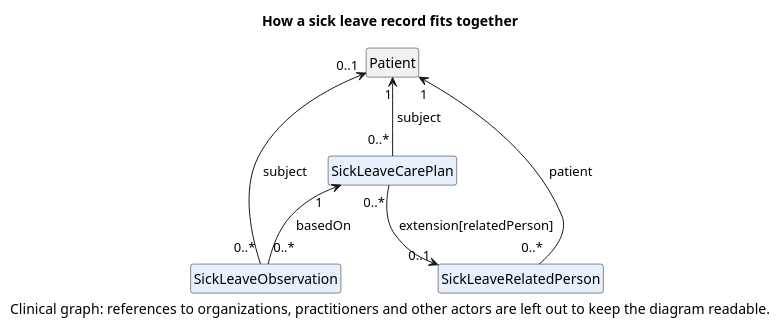
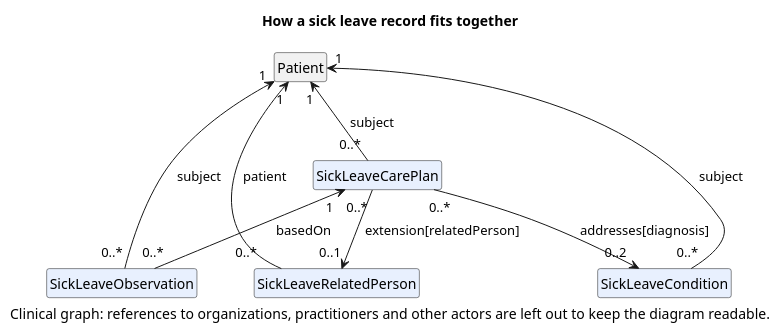
The diagram in input/images-source/sick-leave-model-en.plantuml (uzinfocom-org/digital-health-integration), drawn with PlantUML before and after one commit. The commit also changed 61 other files, not shown here.

First line of the commit message:
feat: align sick leave CarePlan model with DHP sick leave API v3

```diff
--- a/input/images-source/sick-leave-model-en.plantuml
+++ b/input/images-source/sick-leave-model-en.plantuml
@@ -1,19 +1,22 @@
 @startuml sick-leave-model-en
 hide circle
 hide empty members
 title How a sick leave record fits together
 
 class Patient [[https://dhp.uz/fhir/core/StructureDefinition-uz-core-patient.html{Open the UZ Core Patient profile}]]
 class SickLeaveCarePlan [[StructureDefinition-sick-leave-careplan.html{Open the SickLeaveCarePlan profile}]] #E8F0FE
 class SickLeaveObservation [[StructureDefinition-sick-leave-observation.html{Open the SickLeaveObservation profile}]] #E8F0FE
+class SickLeaveCondition [[StructureDefinition-sick-leave-condition.html{Open the SickLeaveCondition profile}]] #E8F0FE
 class SickLeaveRelatedPerson [[StructureDefinition-sick-leave-related-person.html{Open the SickLeaveRelatedPerson profile}]] #E8F0FE
 
 Patient "1" <-- "0..*" SickLeaveCarePlan : « subject »
-Patient "0..1" <-- "0..*" SickLeaveObservation : « subject »
+Patient "1" <-- "0..*" SickLeaveObservation : « subject »
 Patient "1" <-- "0..*" SickLeaveRelatedPerson : « patient »
+Patient "1" <-- "0..*" SickLeaveCondition : « subject »
 SickLeaveCarePlan "1" <-- "0..*" SickLeaveObservation : « basedOn »
+SickLeaveCarePlan "0..*" --> "0..2" SickLeaveCondition : « addresses[diagnosis] »
 SickLeaveCarePlan "0..*" --> "0..1" SickLeaveRelatedPerson : « extension[relatedPerson] »
 
 caption Clinical graph: references to organizations, practitioners and other actors are left out to keep the diagram readable.
 
 @enduml
```
